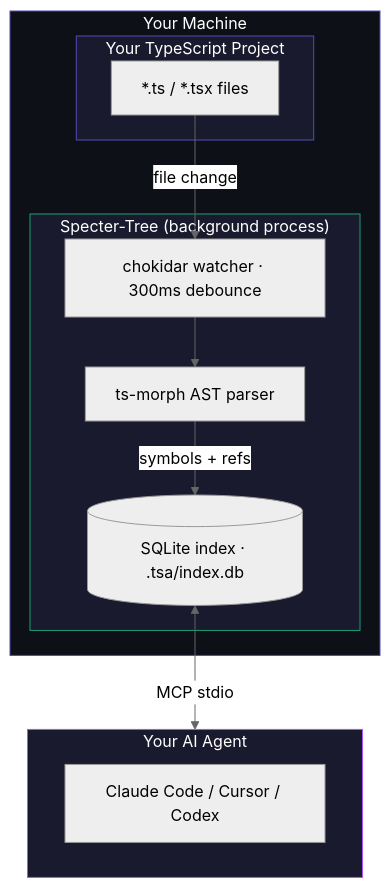
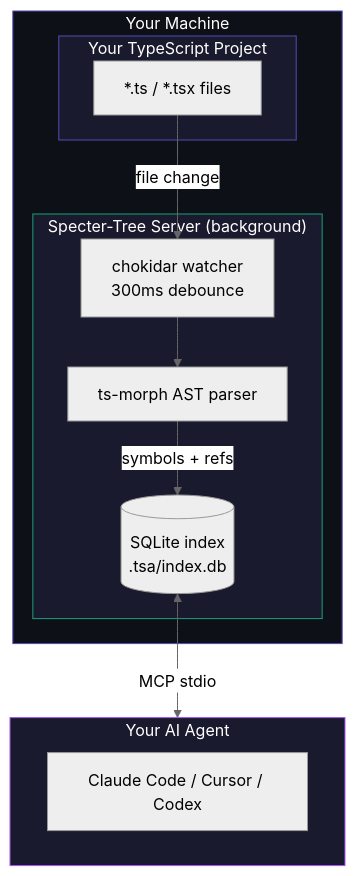
The first of 2 diagrams in README.md (DinoQuinten/specter-tree), drawn with Mermaid (neutral theme) before and after one commit. The commit also changed other lines of this file and 2 other files, not shown here.

````diff
--- a/README.md
+++ b/README.md
@@ -211,24 +248,28 @@
 ```mermaid
 flowchart TB
     subgraph YourMachine["Your Machine"]
         subgraph Project["Your TypeScript Project"]
             FS["*.ts / *.tsx files"]
         end
-        subgraph Server["Specter-Tree (background process)"]
-            CK["chokidar watcher · 300ms debounce"]
+
+        subgraph Server["Specter-Tree Server (background)"]
+            CK["chokidar watcher\n300ms debounce"]
             PM["ts-morph AST parser"]
-            DB[("SQLite index · .tsa/index.db")]
+            DB[("SQLite index\n.tsa/index.db")]
         end
     end
+
     subgraph Agent["Your AI Agent"]
         CC["Claude Code / Cursor / Codex"]
     end
+
     FS -->|file change| CK
     CK --> PM
     PM -->|symbols + refs| DB
     DB <-->|MCP stdio| Agent
+
     style YourMachine fill:#0d1117,stroke:#534AB7,color:#fff
     style Project fill:#1a1a2e,stroke:#534AB7,color:#fff
     style Server fill:#1a1a2e,stroke:#1D9E75,color:#fff
     style Agent fill:#1a1a2e,stroke:#a855f7,color:#fff
 ```
````
